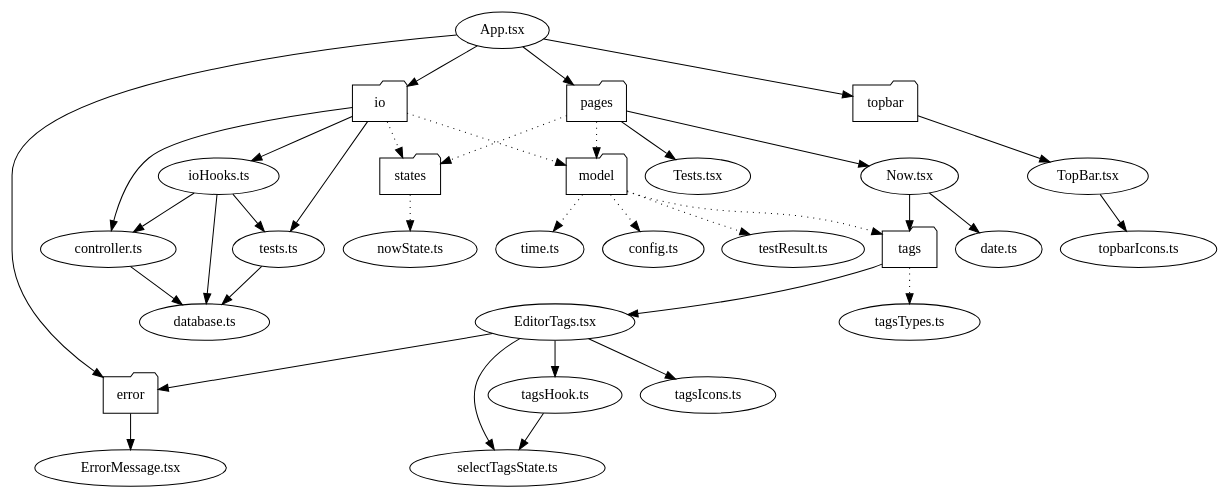
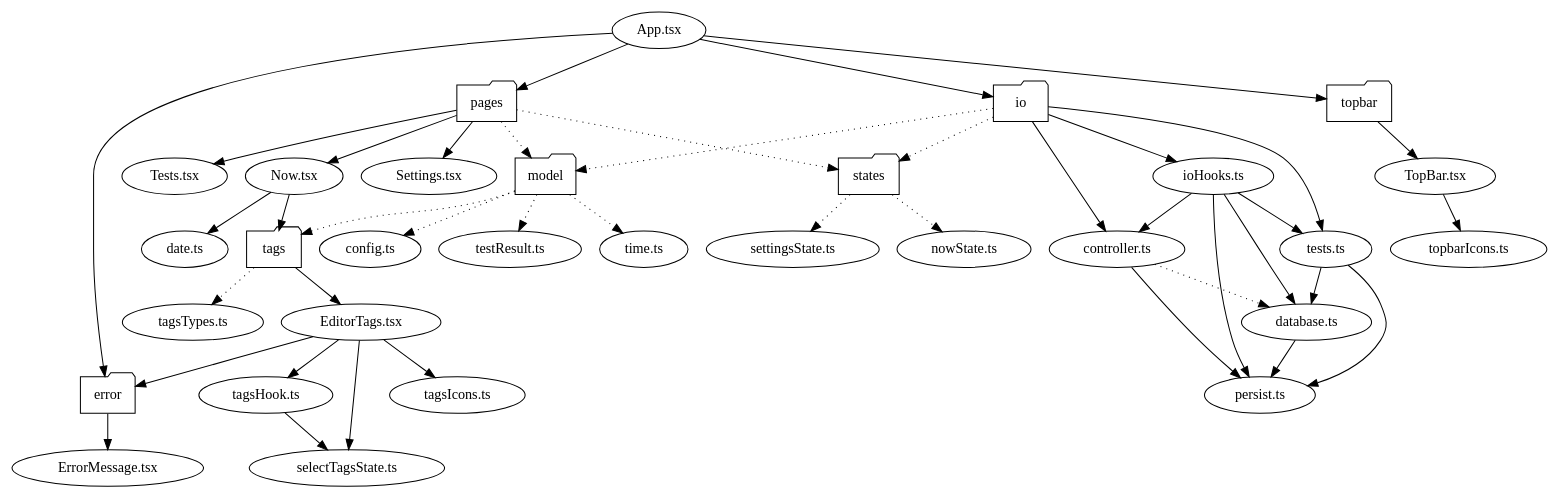
Before and after one commit to cwellsx/time: the diagram in dependencies/dependencies.dot, drawn with Graphviz. The commit also changed 14 other files, not shown here.

```diff
--- a/dependencies/dependencies.dot
+++ b/dependencies/dependencies.dot
@@ -1,46 +1,50 @@
 digraph SRC {
   "App.tsx" -> {"error" "io" "pages" "topbar"};
 
   "error" [shape=folder];
   "io" [shape=folder];
   "model" [shape=folder];
   "pages" [shape=folder];
   "states" [shape=folder];
   "tags" [shape=folder];
   "topbar" [shape=folder];
   
   "error" -> {"ErrorMessage.tsx"};
   "ErrorMessage.tsx" -> {};
 
   "io" -> {"controller.ts" "ioHooks.ts" "tests.ts"};
   "io" -> {"model" "states"} [style=dotted];
-  "controller.ts" -> {"database.ts" };
-  "database.ts" -> {};
-  "ioHooks.ts" -> {"controller.ts" "database.ts" "tests.ts"};
-  "tests.ts" -> {"database.ts"};
+  "controller.ts" -> {"persist.ts"};
+  "controller.ts" -> {"database.ts"} [style=dotted];
+  "database.ts" -> {"persist.ts"};
+  "ioHooks.ts" -> {"controller.ts" "database.ts" "persist.ts" "tests.ts"};
+  "tests.ts" -> {"database.ts" "persist.ts"};
+  "persist.ts" -> {}
 
   "model" -> {"config.ts" "testResult.ts" "time.ts", "tags"} [style=dotted];
   "config.ts" -> {};
   "testResult.ts" -> {};
   "time.ts" -> {};
 
-  "pages" -> {"Now.tsx" "Tests.tsx"};
+  "pages" -> {"Now.tsx" "Settings.tsx" "Tests.tsx"};
   "pages" -> {"model" "states"} [style=dotted];
   "date.ts" -> {};
   "Now.tsx" -> {"date.ts" "tags"};
+  "Settings.tsx" -> {};
   "Tests.tsx" -> {};
 
-  "states" -> {"nowState.ts"} [style=dotted];
+  "states" -> {"nowState.ts" "settingsState.ts"} [style=dotted];
   "nowState.ts" -> {};
+  "settingsState.ts" -> {};
 
   "tags" -> {"EditorTags.tsx"};
   "tags" -> {"tagsTypes.ts"} [style=dotted];
   "EditorTags.tsx" -> {"error" "selectTagsState.ts" "tagsHook.ts" "tagsIcons.ts"};
   "tagsHook.ts" -> {"selectTagsState.ts"};
   "tagsIcons.ts" -> {};
   "tagsTypes.ts" -> {};
 
   "topbar" -> {"TopBar.tsx"};
   "TopBar.tsx" -> {"topbarIcons.ts"};
   "topbarIcons.ts" -> {};
 }
```
